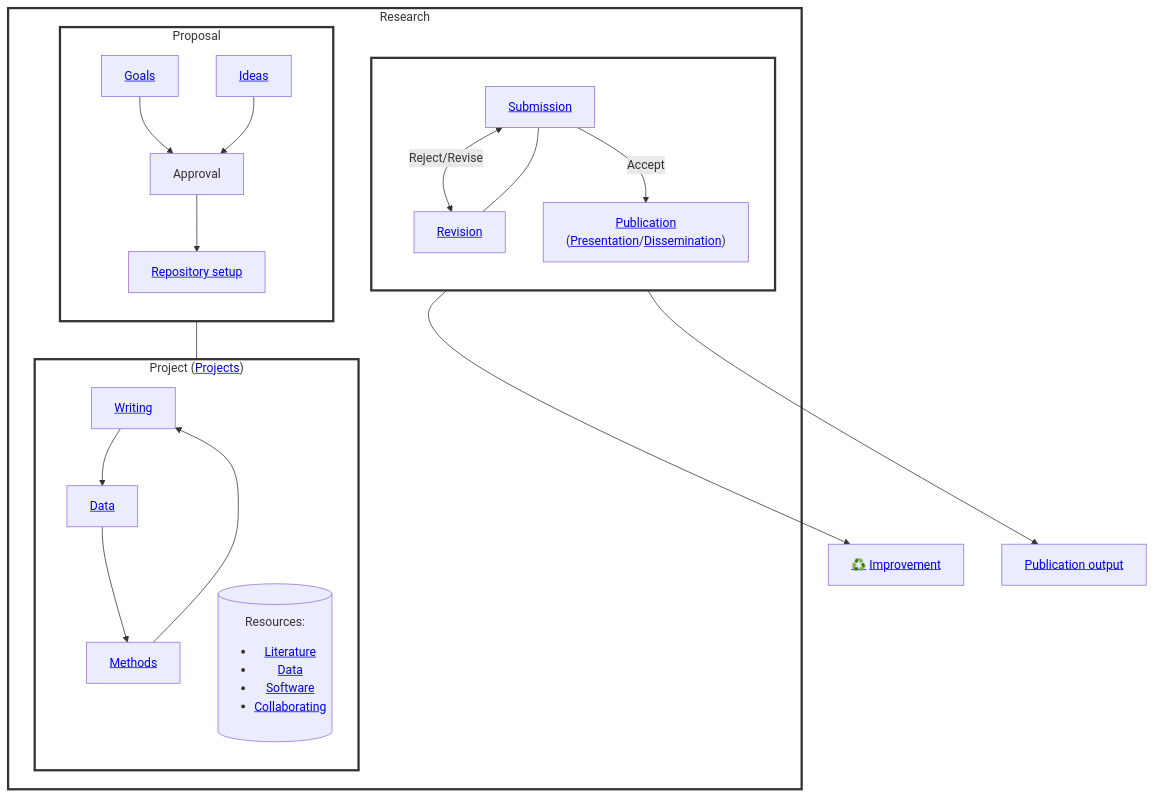
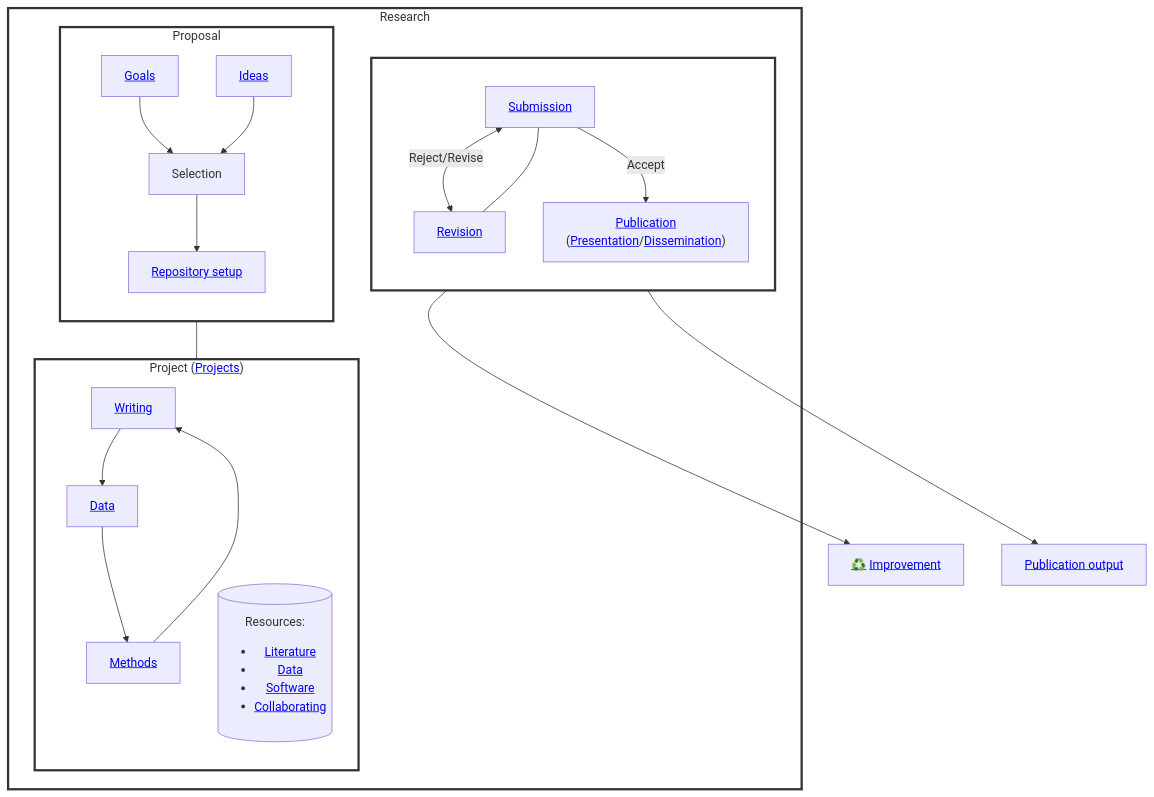
Before and after one commit to digital-work-lab/handbook: the diagram in docs/20-research/index.md, drawn with Mermaid.

````diff
--- a/docs/20-research/index.md
+++ b/docs/20-research/index.md
@@ -14,36 +14,36 @@
 ```mermaid
 flowchart TB
     subgraph Research
         subgraph Proposal
             direction TB
-            Goals["<a href='20_processes/20.01.goals.html'>Goals</a>"] --> Approval
-            Ideas["<a href='20_processes/20.09.ideas.html'>Ideas</a>"] --> Approval
-            Approval --> Setup["<a href='20_processes/20.15.repo-setup.html'>Repository setup</a>"]
+            Goals["<a href='20_processes/20.01.goals.html'>Goals</a>"] --> Selection
+            Ideas["<a href='20_processes/20.09.ideas.html'>Ideas</a>"] --> Selection
+            Selection --> Setup["<a href='20_processes/20.15.repo-setup.html'>Repository setup</a>"]
         end
 
         Setup --- a
         subgraph b[" "]
             direction TB
             Submission["<a href='20_processes/20.30.pre-submission.html'>Submission</a>"] <-->|Reject/Revise| Revise["<a href='20_processes/20.32.revision.html'>Revision</a>"]
             Revise --- Submission
             Submission -->|Accept| Publication["<a href='20_processes/20.33.publication.html'>Publication</a><br>(<a href='20_processes/20.28.presentation.html'>Presentation</a>/<a href='20_processes/20.34.dissemination.html'>Dissemination</a>)"]
         end
         subgraph a["Project (<a href='25-projects.html'>Projects</a>)"]
             direction TB
             Writing["<a href='20_processes/20.29.writing.html'>Writing</a>"] --> Data
             Methods["<a href='20_processes/20.18.methods.html'>Methods</a>"] --> Writing
             Data["<a href='20_processes/20.17.data.html'>Data</a>"] --> Methods
             Resources[("Resources:<br><ul><li><a href='22-literature.html'>Literature</a></li><li><a href='23-data.html'>Data</a></li><li><a href='24-software.html'>Software</a></li><li><a href='20_processes/20.16.collaboration.html'>Collaborating</a></li></ul>")]
         end
 
     end
     Publication --> Improvement["<a href='../10-lab/10_processes/10.01.goals.html'>♻️</a> <a href='20_processes/20.35.improvement.html'>Improvement</a>"]
 
     Publication --> PublicationOutput["<a href='29-publications.html'>Publication output</a>"]
 
     style Proposal fill:white,stroke:#333,stroke-width:3px
     style Research fill:white,stroke:#333,stroke-width:3px
     style a fill:white,stroke:#333,stroke-width:3px
     style b fill:white,stroke:#333,stroke-width:3px
 
 ```
````
